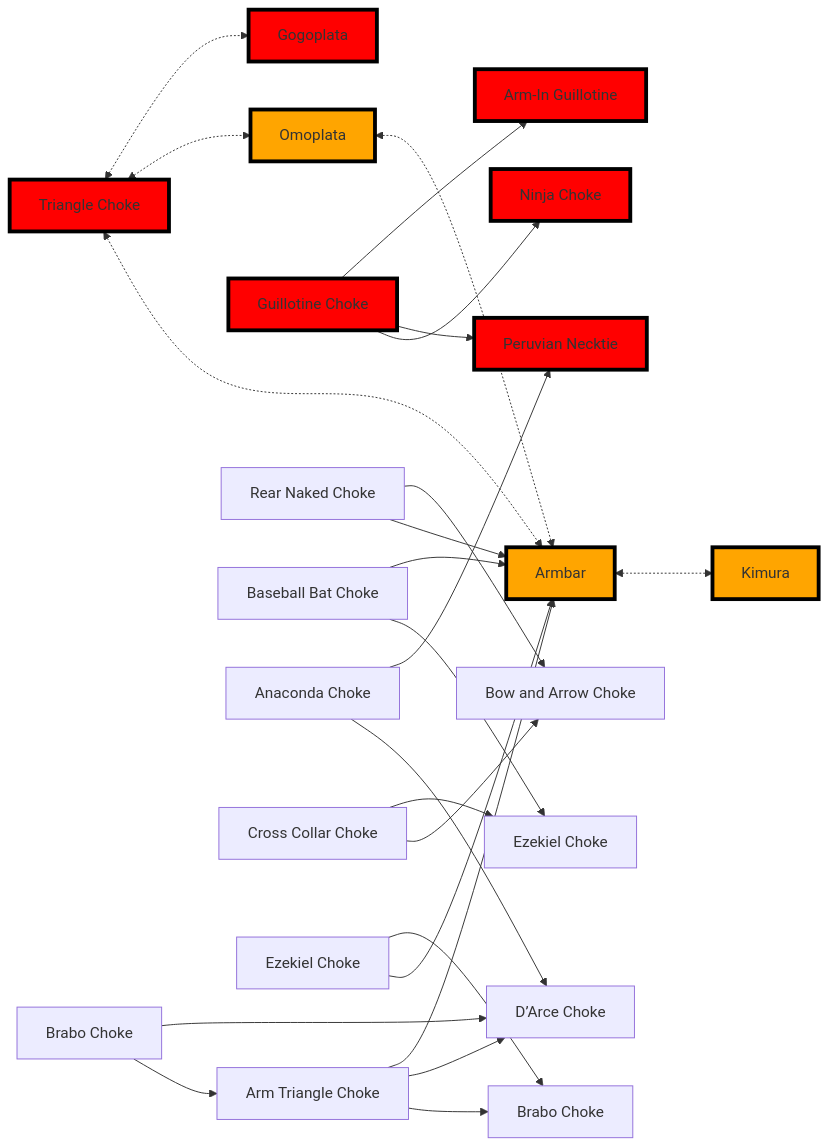
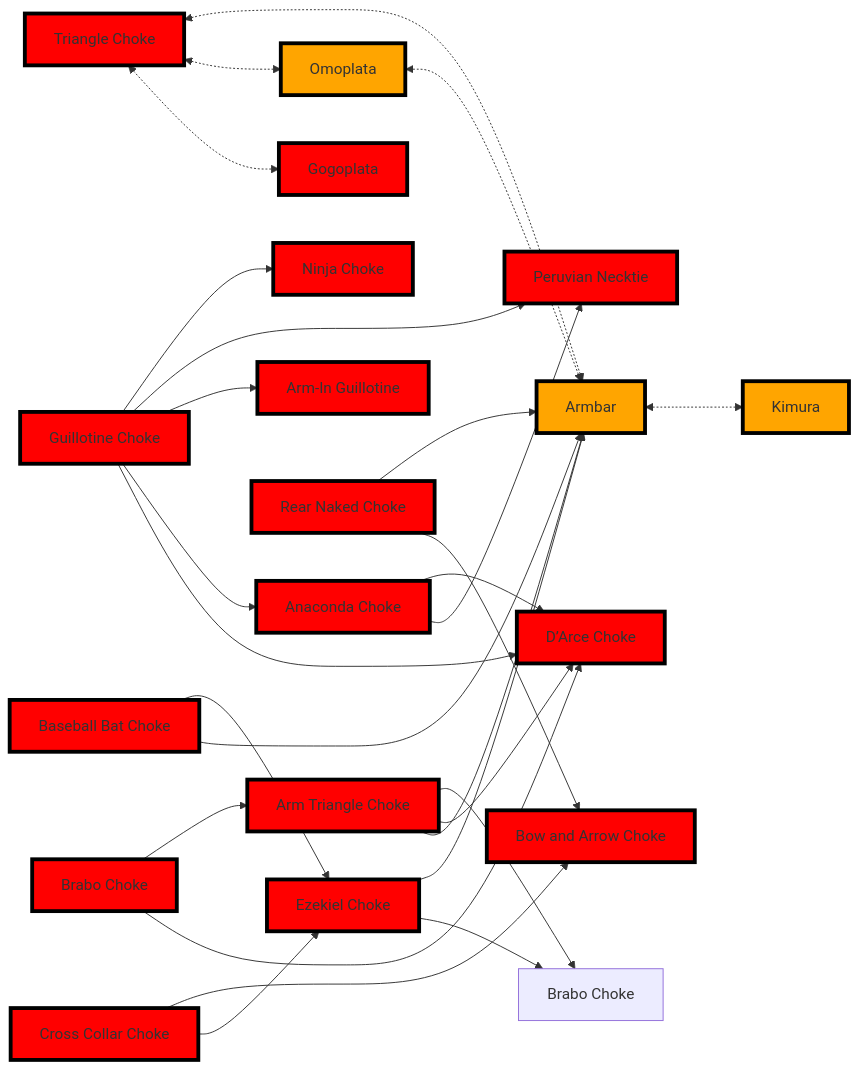
The third of 3 diagrams in _BJJ/Guards Directory.md (jacgit18/DevHiveMind), drawn with Mermaid before and after one commit.

Commit message:
M "_BJJ/Guards Directory.md"

````diff
--- a/_BJJ/Guards Directory.md
+++ b/_BJJ/Guards Directory.md
@@ -213,52 +213,65 @@
 ```mermaid
 flowchart LR
     A[Triangle Choke] <-.->  B[Armbar]
     A <-.-> C[Omoplata]
     A <-.->  D[Gogoplata]
     B <-.-> E[Kimura]
     C <-.->  B
 
 
     F[Guillotine Choke] --> G[Ninja Choke]
     F --> H[Peruvian Necktie]
     F --> I[Arm-In Guillotine]
+    F --> Q
+    F --> L
 
     J[Arm Triangle Choke] --> K[Brabo Choke]
     J --> L[D’Arce Choke]
     J --> B
 
     M[Rear Naked Choke] --> B
     M --> N[Bow and Arrow Choke]
 
     O[Baseball Bat Choke] --> P[Ezekiel Choke]
     O --> B
 
     Q[Anaconda Choke] --> L
     Q --> H
 
     R[Brabo Choke] --> J
     R --> L
 
     S[Cross Collar Choke] --> N
     S --> P
 
-    T[Ezekiel Choke] --> B
-    T --> K
+    P --> B
+    P --> K
     
 style A fill:red,stroke:black,stroke-width:4px,shadow:shadow
 
 style B fill:orange,stroke:black,stroke-width:4px,shadow:shadow
 
 style C fill:orange,stroke:black,stroke-width:4px,shadow:shadow
 
 style D fill:red,stroke:black,stroke-width:4px,shadow:shadow
 
 style E fill:orange,stroke:black,stroke-width:4px,shadow:shadow
 
 style F fill:red,stroke:black,stroke-width:4px,shadow:shadow
 
 style G fill:red,stroke:black,stroke-width:4px,shadow:shadow
 style H fill:red,stroke:black,stroke-width:4px,shadow:shadow
 style I fill:red,stroke:black,stroke-width:4px,shadow:shadow
+style J fill:red,stroke:black,stroke-width:4px,shadow:shadow
 
+style L fill:red,stroke:black,stroke-width:4px,shadow:shadow
+style M fill:red,stroke:black,stroke-width:4px,shadow:shadow
+style N fill:red,stroke:black,stroke-width:4px,shadow:shadow
+
+style O fill:red,stroke:black,stroke-width:4px,shadow:shadow
+style P fill:red,stroke:black,stroke-width:4px,shadow:shadow
+
+style Q fill:red,stroke:black,stroke-width:4px,shadow:shadow
+style R fill:red,stroke:black,stroke-width:4px,shadow:shadow
+style S fill:red,stroke:black,stroke-width:4px,shadow:shadow
 ```
````
